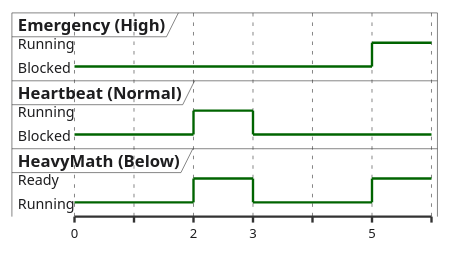
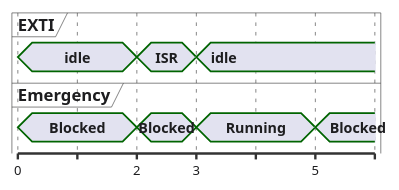
Before and after one commit to dantschi/echtzeitsysteme: the eighth of 8 diagrams in vorlesungen/03_einfuehrung-rtos.qmd, drawn with PlantUML. The commit also changed other lines of this file and 1 other file, not shown here.

````diff
--- a/vorlesungen/03_einfuehrung-rtos.qmd
+++ b/vorlesungen/03_einfuehrung-rtos.qmd
@@ -850,37 +785,27 @@
 ```{.plantuml}
 @startuml
 skinparam backgroundColor transparent
 skinparam defaultFontName "Inter, sans-serif"
 skinparam defaultFontColor #1D1D1F
 skinparam ArrowColor #86868B
-skinparam NoteBackgroundColor #F5F5F7
-skinparam NoteBorderColor #E5E5EA
 skinparam timing {
   BackgroundColor #FFFFFF
   BorderColor #E5E5EA
   LineColor #1D1D1F
   SignalColor #E2001A
 }
-
-robust "Emergency (High)" as TE
-robust "Heartbeat (Normal)" as TH
-robust "HeavyMath (Below)" as TM
-
+concise "EXTI" as E
+concise "Emergency" as T
 @0
-TE is Blocked
-TH is Blocked
-TM is Running
-
+E is idle
+T is Blocked
 @2
-TH is Running
-TM is Ready
-
+E is ISR
+T is Blocked
 @3
-TH is Blocked
-TM is Running
-
+E is idle
+T is Running
 @5
-TE is Running
-TM is Ready
+T is Blocked
 @enduml
 ```
````
